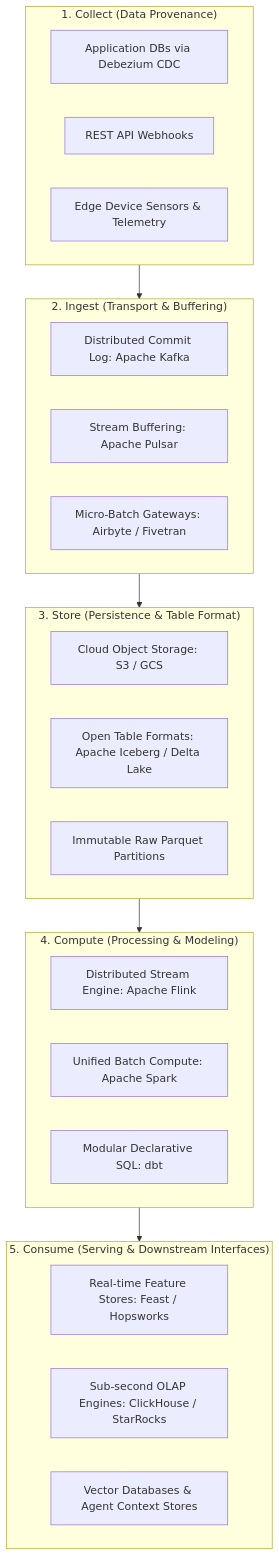
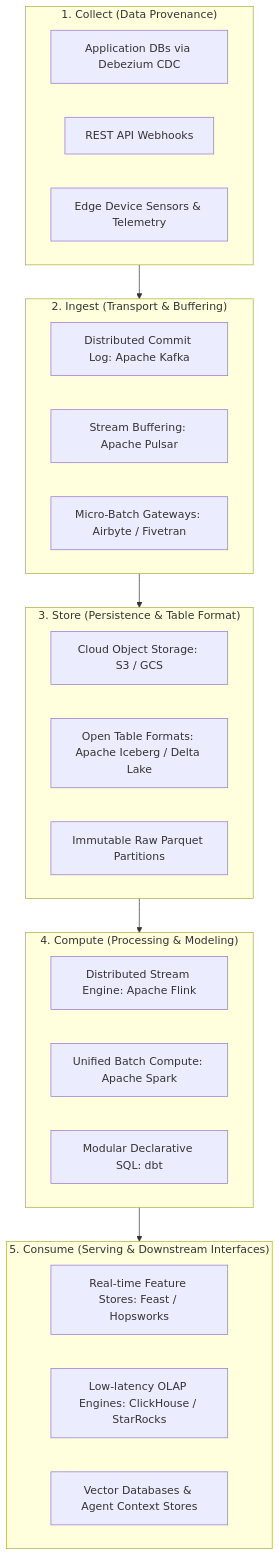
One commit to akillness/akillness.github.io changed the second of 4 diagrams in _posts/2024/04/2024-04-14-data-pipeline.md. Above: the diagram before and after it, drawn with Mermaid. The commit also changed other lines of this file, not shown here.

````diff
--- a/_posts/2024/04/2024-04-14-data-pipeline.md
+++ b/_posts/2024/04/2024-04-14-data-pipeline.md
@@ -41,37 +45,37 @@
 ```mermaid
 flowchart TD
     subgraph Phase1["1. Collect (Data Provenance)"]
         P1A[Application DBs via Debezium CDC]
         P1B[REST API Webhooks]
         P1C[Edge Device Sensors & Telemetry]
     end
 
     subgraph Phase2["2. Ingest (Transport & Buffering)"]
         P2A[Distributed Commit Log: Apache Kafka]
         P2B[Stream Buffering: Apache Pulsar]
         P2C[Micro-Batch Gateways: Airbyte / Fivetran]
     end
 
     subgraph Phase3["3. Store (Persistence & Table Format)"]
         P3A[Cloud Object Storage: S3 / GCS]
         P3B[Open Table Formats: Apache Iceberg / Delta Lake]
         P3C[Immutable Raw Parquet Partitions]
     end
 
     subgraph Phase4["4. Compute (Processing & Modeling)"]
         P4A[Distributed Stream Engine: Apache Flink]
         P4B[Unified Batch Compute: Apache Spark]
         P4C[Modular Declarative SQL: dbt]
     end
 
     subgraph Phase5["5. Consume (Serving & Downstream Interfaces)"]
         P5A[Real-time Feature Stores: Feast / Hopsworks]
-        P5B[Sub-second OLAP Engines: ClickHouse / StarRocks]
+        P5B[Low-latency OLAP Engines: ClickHouse / StarRocks]
         P5C[Vector Databases & Agent Context Stores]
     end
 
     Phase1 --> Phase2
     Phase2 --> Phase3
     Phase3 --> Phase4
     Phase4 --> Phase5
 ```
````
